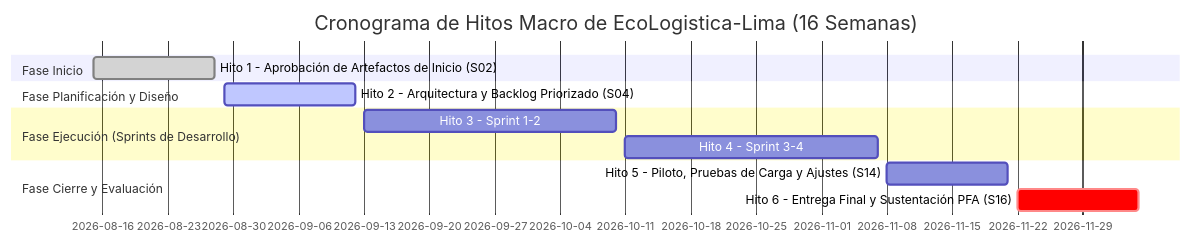
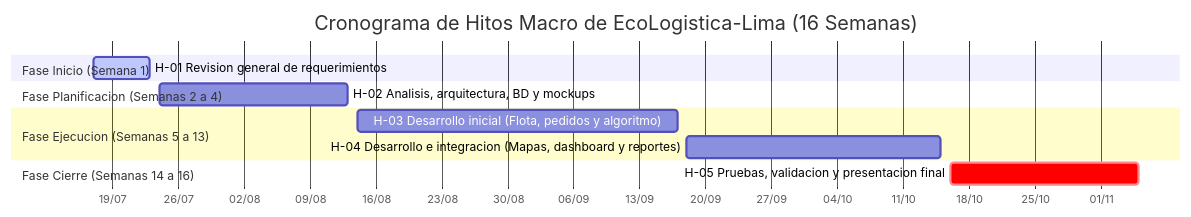
Before and after one commit to MartinezJhef/EcoLogistica-Lima: the diagram in docs/01 Inicio/02. Acta de constitución V_1_0_0.md, drawn with Mermaid. The commit also changed other lines of this file, not shown here.

Commit message:
Correccion de Resumen del Cronograma de Hitos Clave

````diff
--- a/docs/01 Inicio/02. Acta de constitución V_1_0_0.md
+++ b/docs/01 Inicio/02. Acta de constitución V_1_0_0.md
@@ -75,15 +75,19 @@
 ```mermaid
 gantt
     title Cronograma de Hitos Macro de EcoLogistica-Lima (16 Semanas)
-    dateFormat  YYYY-MM-DD
-    section Fase Inicio
-    Hito 1 - Aprobación de Artefactos de Inicio (S02) :done, h1, 2026-08-15, 2026-08-28
-    section Fase Planificación y Diseño
-    Hito 2 - Arquitectura y Backlog Priorizado (S04)  :active, h2, 2026-08-29, 2026-09-12
-    section Fase Ejecución (Sprints de Desarrollo)
-    Hito 3 - Sprint 1-2: Core Backend y Motor Ruteo (S08) :h3, 2026-09-13, 2026-10-10
-    Hito 4 - Sprint 3-4: App Móvil y Panel Web (S12)     :h4, 2026-10-11, 2026-11-07
-    section Fase Cierre y Evaluación
-    Hito 5 - Piloto, Pruebas de Carga y Ajustes (S14)    :h5, 2026-11-08, 2026-11-21
-    Hito 6 - Entrega Final y Sustentación PFA (S16)      :crit, h6, 2026-11-22, 2026-12-05
+    dateFormat YYYY-MM-DD
+    axisFormat %d/%m
+
+    section Fase Inicio (Semana 1)
+    H-01 Revision general de requerimientos : active, h1, 2026-07-17, 2026-07-23
+
+    section Fase Planificacion (Semanas 2 a 4)
+    H-02 Analisis, arquitectura, BD y mockups : h2, 2026-07-24, 2026-08-13
+
+    section Fase Ejecucion (Semanas 5 a 13)
+    H-03 Desarrollo inicial (Flota, pedidos y algoritmo) : h3, 2026-08-14, 2026-09-17
+    H-04 Desarrollo e integracion (Mapas, dashboard y reportes) : h4, 2026-09-18, 2026-10-15
+
+    section Fase Cierre (Semanas 14 a 16)
+    H-05 Pruebas, validacion y presentacion final : crit, h5, 2026-10-16, 2026-11-05
 ```
````
